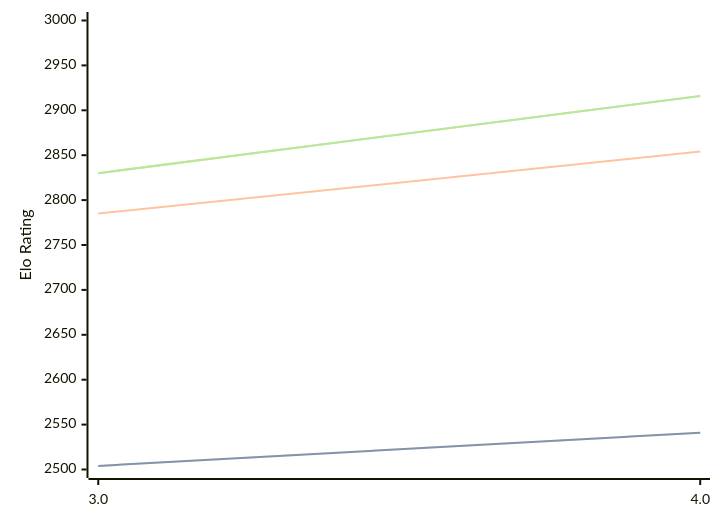
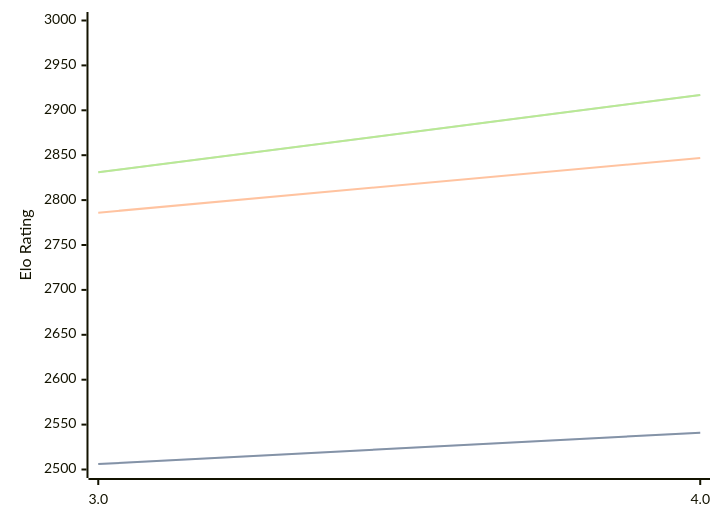
The diagram in engines/Chess3.md (computer-chess-index/cci), drawn with Mermaid before and after one commit. The commit also changed other lines of this file, not shown here.

Commit message:
Update CCI Ratings (ELO VLTC) - 2026-04-13

````diff
--- a/engines/Chess3.md
+++ b/engines/Chess3.md
@@ -34,11 +34,11 @@
 ```mermaid
 %%{init: {"theme":"base","themeVariables":{"seriesColors:['#a3a3a3','#222221','#faa371']}}}%%
 xychart-beta
   x-axis ["3.0", "4.0"]
   y-axis "Elo Rating" 2500 --> 3000
-  line "STC (8.0+0.08s)" [2504, 2541]
-  line "STC (8.0+0.08s)" [2504, 2541]
-  line "LTC (60.0+0.60s)" [2785, 2854]
-  line "VLTC (2m24s+1.12s)" [2830, 2916]
-  line "VLTC (2m24s+1.12s)" [2830, 2916]
+  line "STC (8.0+0.08s)" [2506, 2541]
+  line "STC (8.0+0.08s)" [2506, 2541]
+  line "LTC (60.0+0.60s)" [2786, 2847]
+  line "VLTC (2m24s+1.12s)" [2831, 2917]
+  line "VLTC (2m24s+1.12s)" [2831, 2917]
 ```
````
